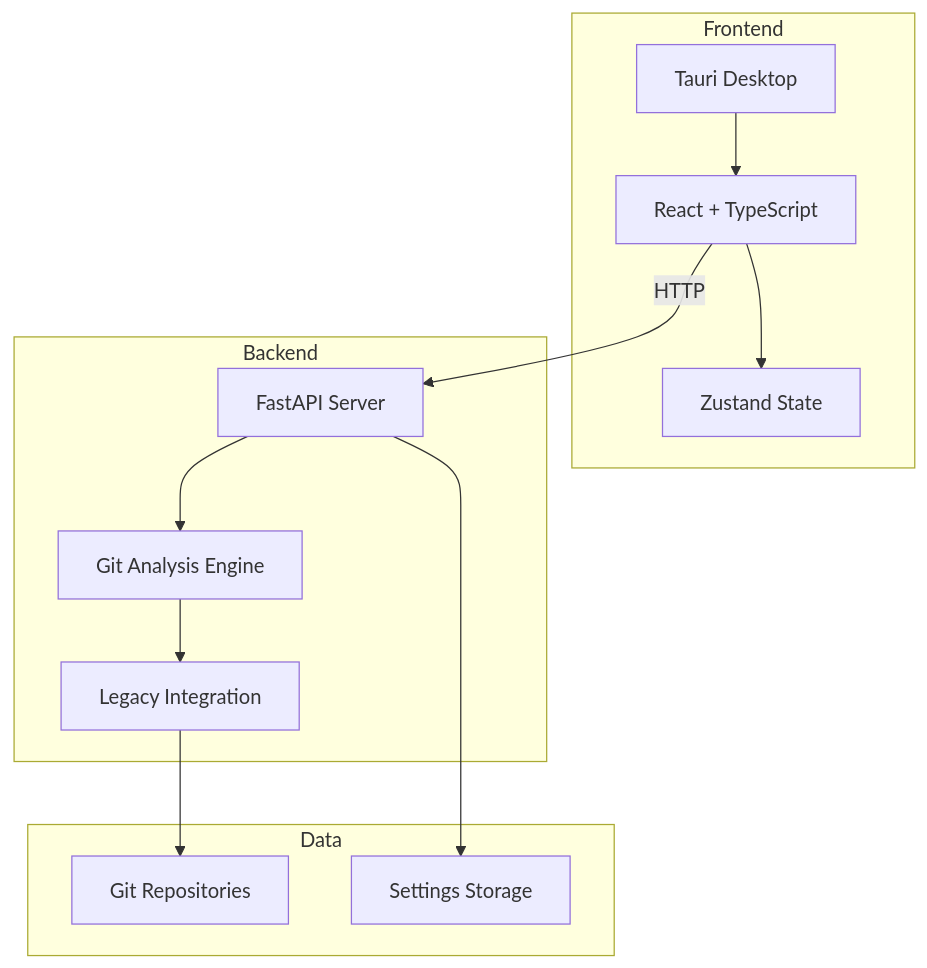
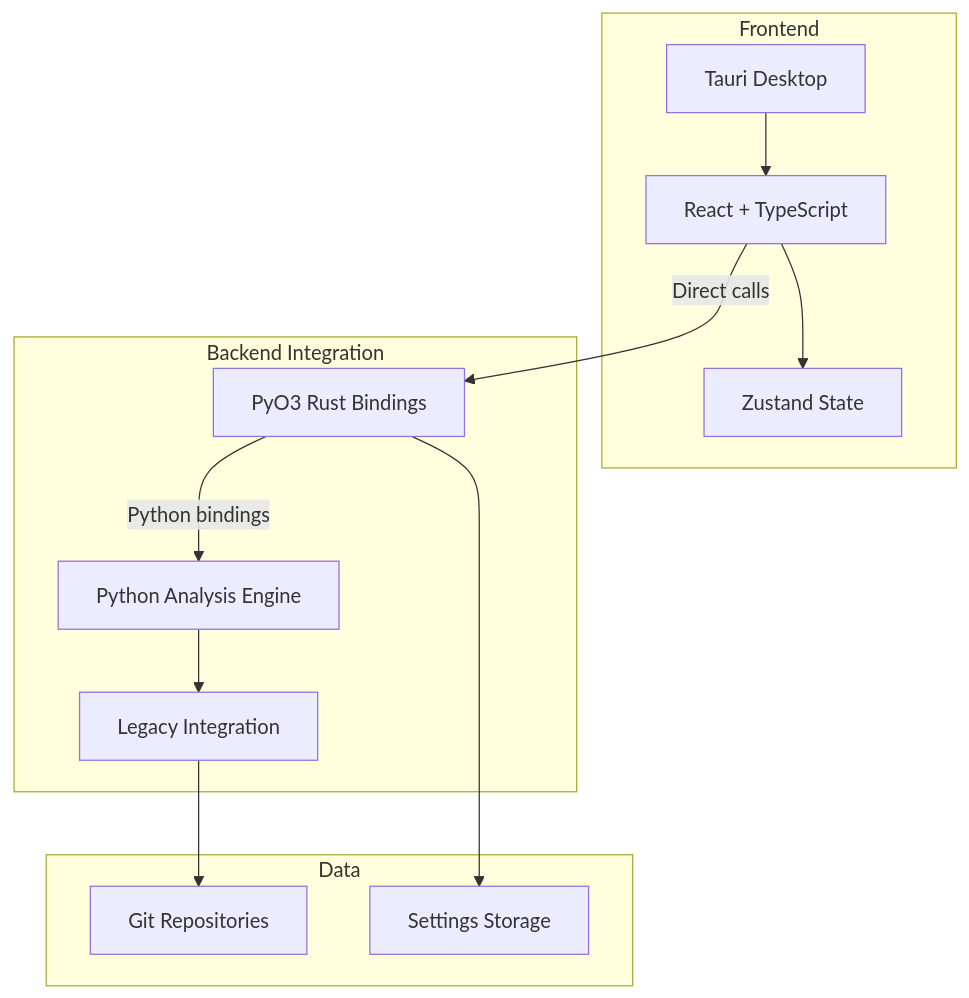
One commit to boost-edu-tools/gitinspectorgui changed the first of 4 diagrams in docs/architecture/overview.md. Above: the diagram before and after it, drawn with Mermaid. The commit also changed other lines of this file and 7 other files, not shown here.

First line of the commit message:
docs: redesign documentation for PyO3 architecture

````diff
--- a/docs/architecture/overview.md
+++ b/docs/architecture/overview.md
@@ -13,27 +13,27 @@
 ```mermaid
 graph TB
     subgraph "Frontend"
         A[Tauri Desktop]
         B[React + TypeScript]
         C[Zustand State]
     end
 
-    subgraph "Backend"
-        D[FastAPI Server]
-        E[Git Analysis Engine]
+    subgraph "Backend Integration"
+        D[PyO3 Rust Bindings]
+        E[Python Analysis Engine]
         F[Legacy Integration]
     end
 
     subgraph "Data"
         G[Git Repositories]
         H[Settings Storage]
     end
 
     A --> B
     B --> C
-    B -->|HTTP| D
-    D --> E
+    B -->|Direct calls| D
+    D -->|Python bindings| E
     E --> F
     F --> G
     D --> H
 ```
````
